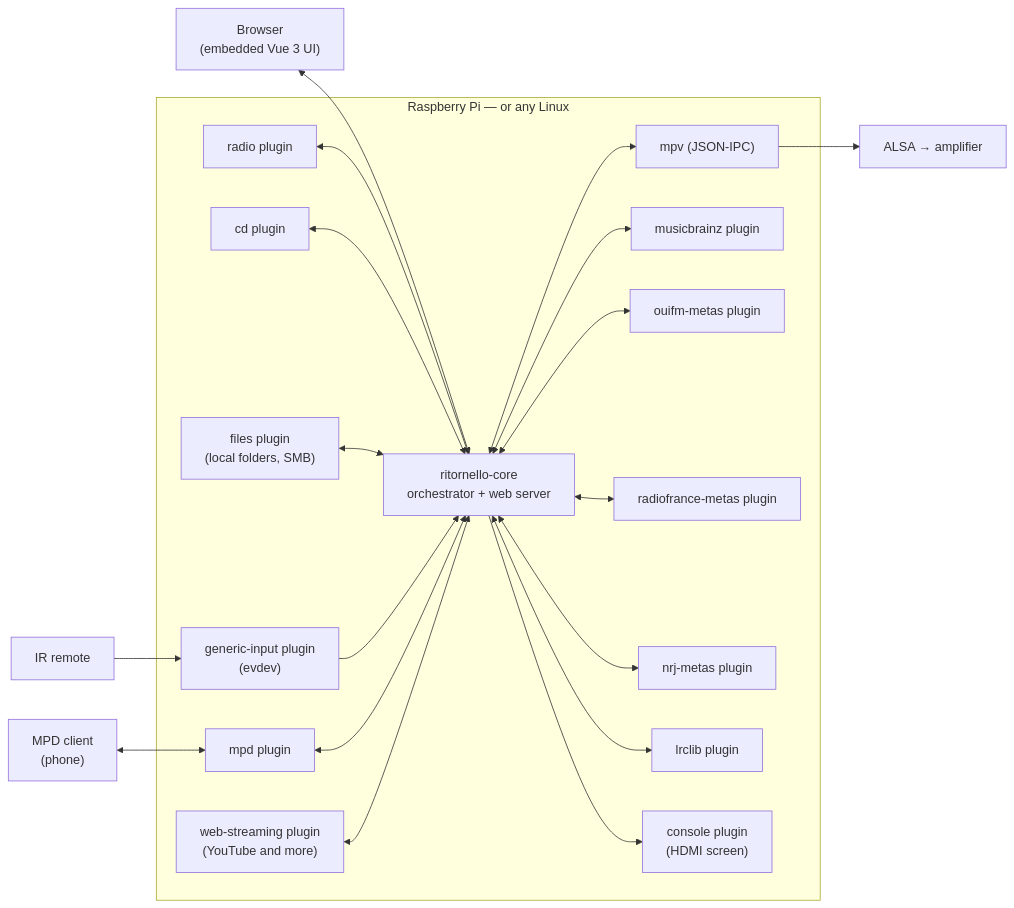
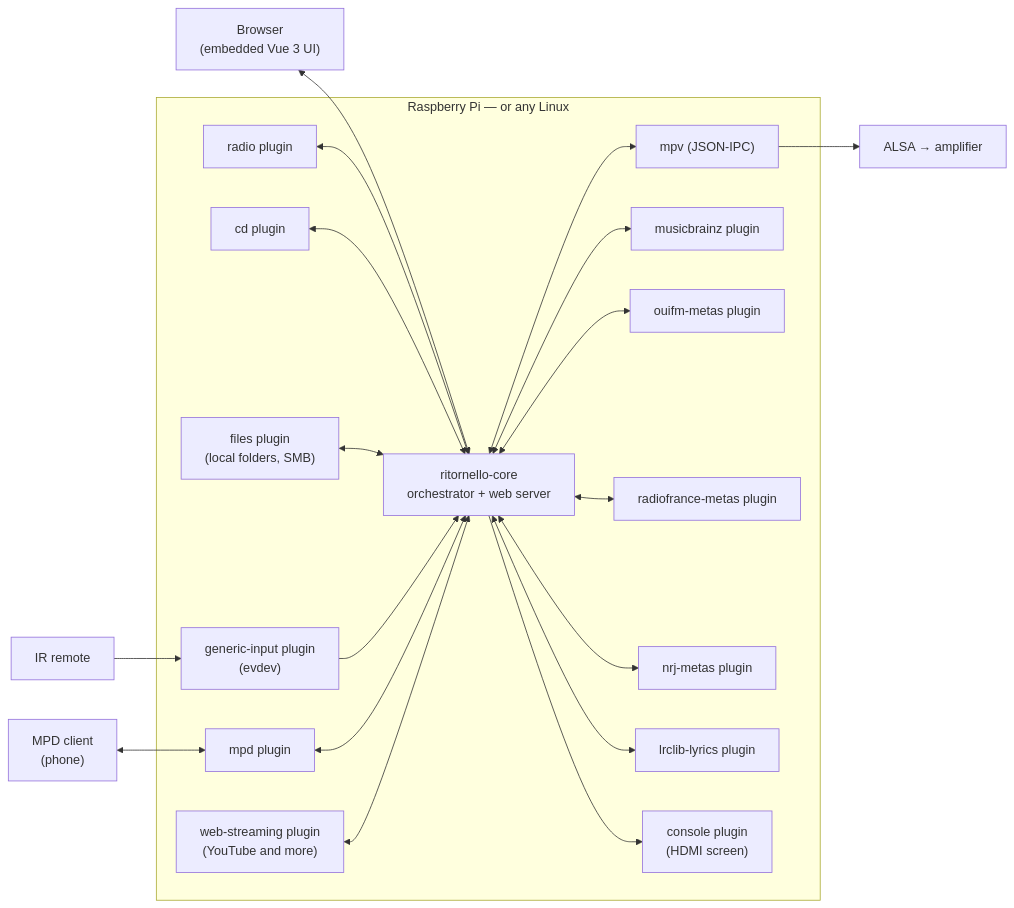
One commit to skerdudou/ritornello changed the diagram in README.md. Above: the diagram before and after it, drawn with Mermaid. The commit also changed other lines of this file and 45 other files, not shown here.

First line of the commit message:
refactor: rename the lyrics plugin lrclib to lrclib-lyrics (#113)

````diff
--- a/README.md
+++ b/README.md
@@ -127,24 +127,24 @@
 ```mermaid
 flowchart LR
     ir["IR remote"] --> input
     browser["Browser<br/>(embedded Vue 3 UI)"] <--> core
     mpdclient["MPD client<br/>(phone)"] <--> mpd
     subgraph device["Raspberry Pi — or any Linux"]
         core["ritornello-core<br/>orchestrator + web server"]
         mpv["mpv (JSON-IPC)"]
         radio["radio plugin"] <--> core
         cd["cd plugin"] <--> core
         files["files plugin<br/>(local folders, SMB)"] <--> core
         core <--> mb["musicbrainz plugin"]
         core <--> ouifm["ouifm-metas plugin"]
         core <--> rf["radiofrance-metas plugin"]
         core <--> nrj["nrj-metas plugin"]
-        core <--> lrclib["lrclib plugin"]
+        core <--> lyrics["lrclib-lyrics plugin"]
         input["generic-input plugin<br/>(evdev)"] --> core
         core --> console["console plugin<br/>(HDMI screen)"]
         mpd["mpd plugin"] <--> core
         web["web-streaming plugin<br/>(YouTube and more)"] <--> core
         core <--> mpv
     end
     mpv --> hp["ALSA → amplifier"]
 ```
````
